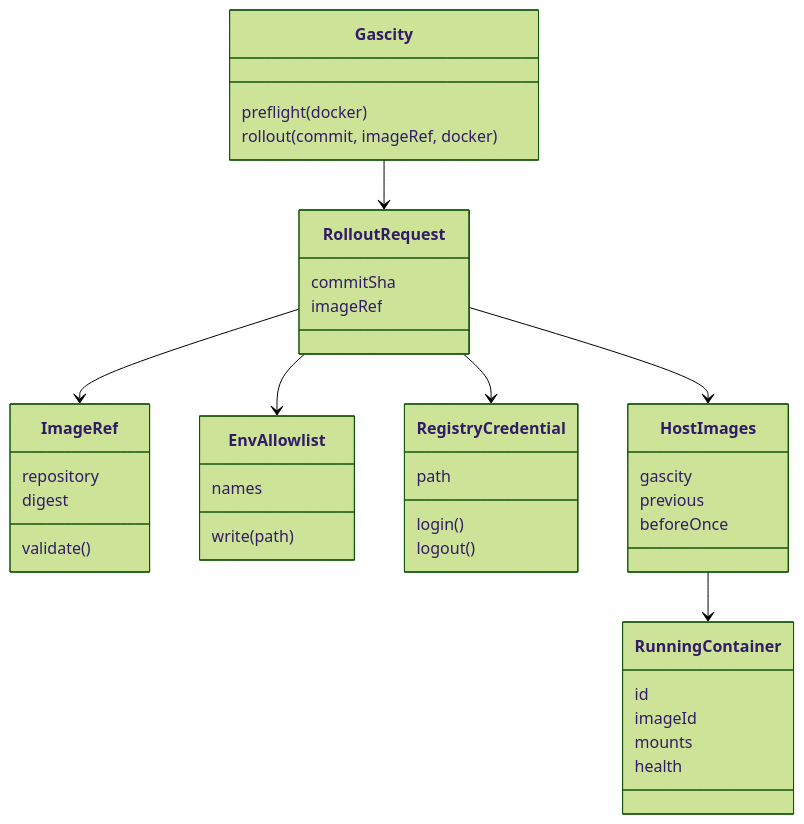
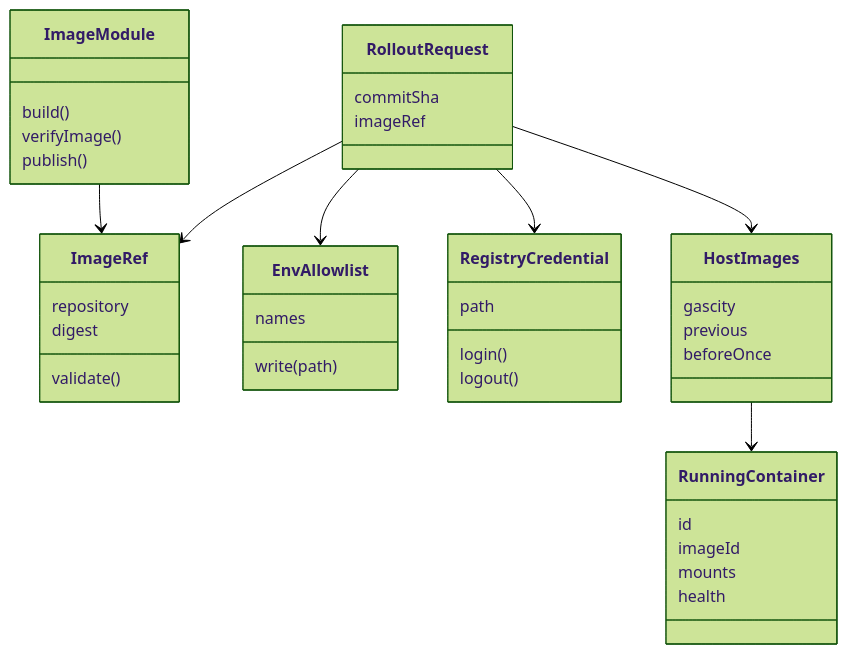
Before and after one commit to Awannaphasch2016/dyad: the fourth of 8 diagrams in plans/offhost-image-pull.md, drawn with Mermaid (forest theme). The commit also changed other lines of this file and 1 other file, not shown here.

First line of the commit message:
Lock the image plan so Dagger publishes and EC2 only pulls.

````diff
--- a/plans/offhost-image-pull.md
+++ b/plans/offhost-image-pull.md
@@ -426,42 +441,43 @@
 ```mermaid
 classDiagram
   class ImageRef {
     repository
     digest
     validate()
   }
   class RolloutRequest {
     commitSha
     imageRef
   }
   class EnvAllowlist {
     names
     write(path)
   }
   class RegistryCredential {
     path
     login()
     logout()
   }
   class HostImages {
     gascity
     previous
     beforeOnce
   }
-  class Gascity {
-    preflight(docker)
-    rollout(commit, imageRef, docker)
+  class ImageModule {
+    build()
+    verifyImage()
+    publish()
   }
   class RunningContainer {
     id
     imageId
     mounts
     health
   }
+  ImageModule --> ImageRef
   RolloutRequest --> ImageRef
-  Gascity --> RolloutRequest
   RolloutRequest --> EnvAllowlist
   RolloutRequest --> RegistryCredential
   RolloutRequest --> HostImages
   HostImages --> RunningContainer
 ```
````
